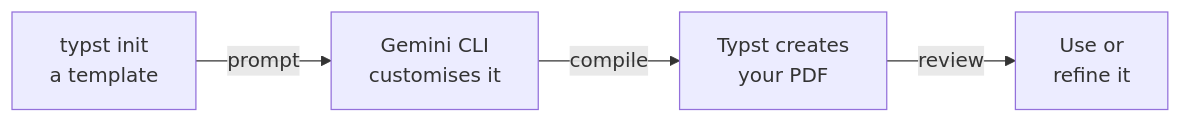
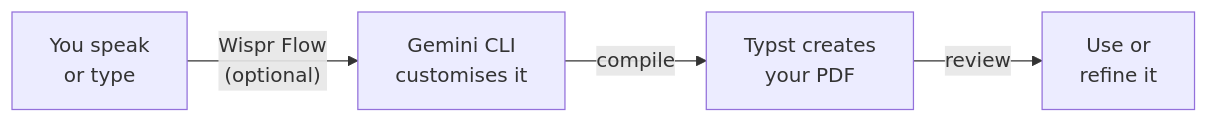
One commit to ChanMeng666/her-waka changed the diagram in tutorial/professional-pdf/explore-templates.mdx. Above: the diagram before and after it, drawn with Mermaid. The commit also changed other lines of this file and 38 other files, not shown here.

First line of the commit message:
feat: add voice-first Obsidian CLI tutorials and refactor all tutorials for Wispr Flow + Gemini CLI

````diff
--- a/tutorial/professional-pdf/explore-templates.mdx
+++ b/tutorial/professional-pdf/explore-templates.mdx
@@ -8,6 +8,6 @@
 ```mermaid
 flowchart LR
-    A["typst init\na template"] -->|"prompt"| B["Gemini CLI\ncustomises it"]
+    A["You speak\nor type"] -->|"Wispr Flow\n(optional)"| B["Gemini CLI\ncustomises it"]
     B -->|"compile"| C["Typst creates\nyour PDF"]
     C -->|"review"| D["Use or\nrefine it"]
 ```
````
